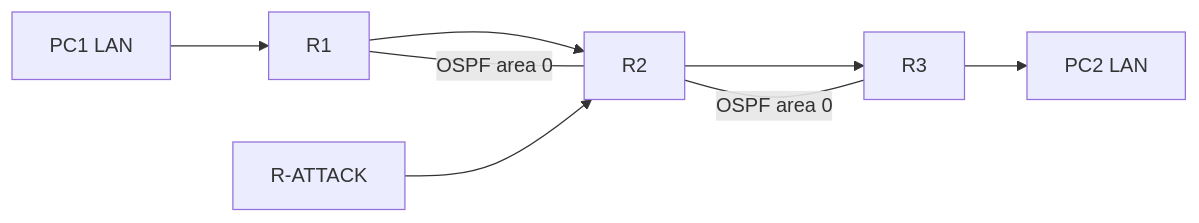
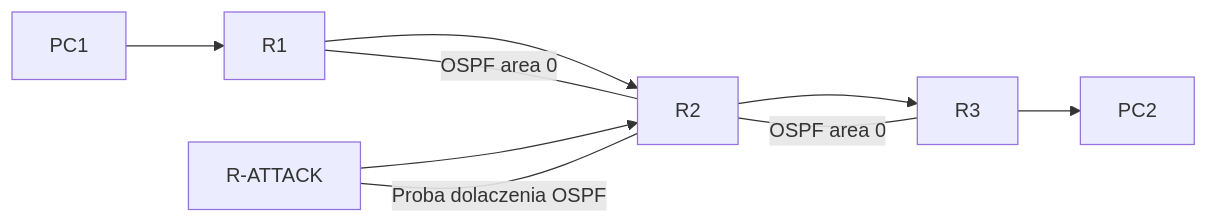
The first of 2 diagrams in sprawko.md (juciak00/falszowanie-sieci), drawn with Mermaid before and after one commit. The commit also changed other lines of this file and 2 other files, not shown here.

````diff
--- a/sprawko.md
+++ b/sprawko.md
@@ -130,11 +90,12 @@
 ```mermaid
 flowchart LR
-	PC1[PC1 LAN] --> R1[R1]
+	PC1[PC1] --> R1[R1]
 	R1 --> R2[R2]
 	R2 --> R3[R3]
-	R3 --> PC2[PC2 LAN]
+	R3 --> PC2[PC2]
 	RA[R-ATTACK] --> R2
 
 	R1 ---|OSPF area 0| R2
 	R2 ---|OSPF area 0| R3
+	RA ---|Proba dolaczenia OSPF| R2
 ```
````
